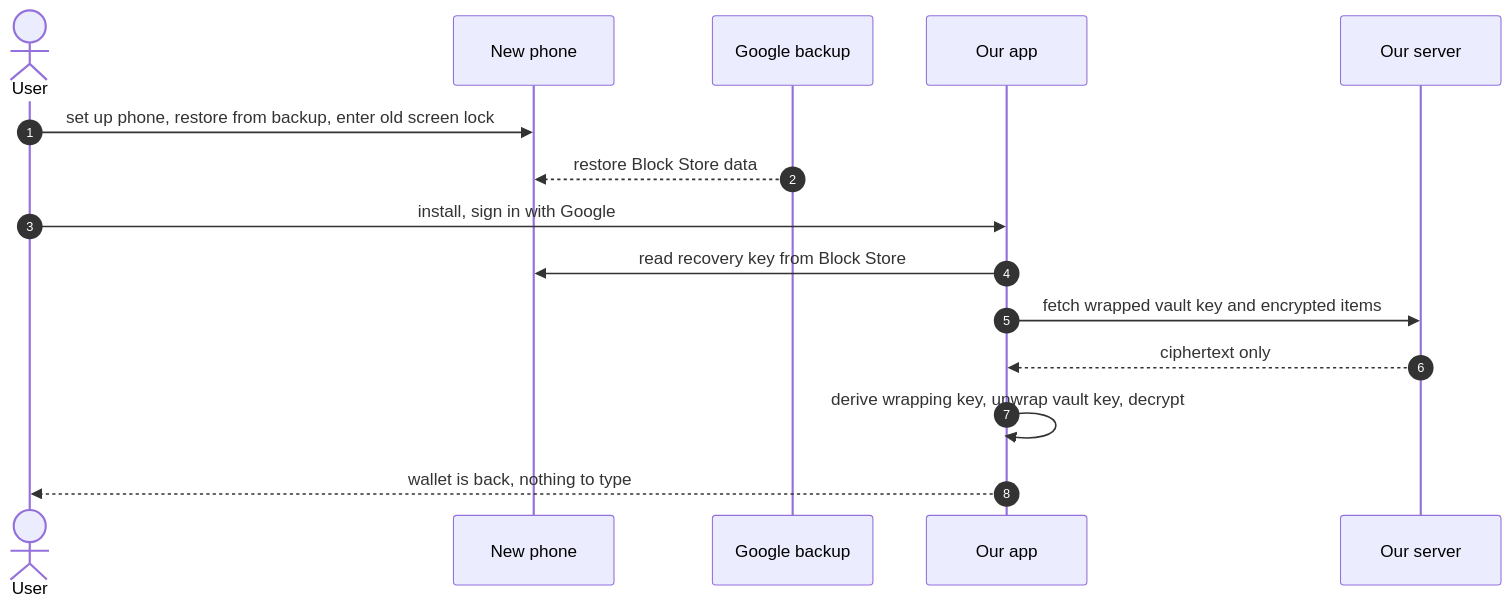
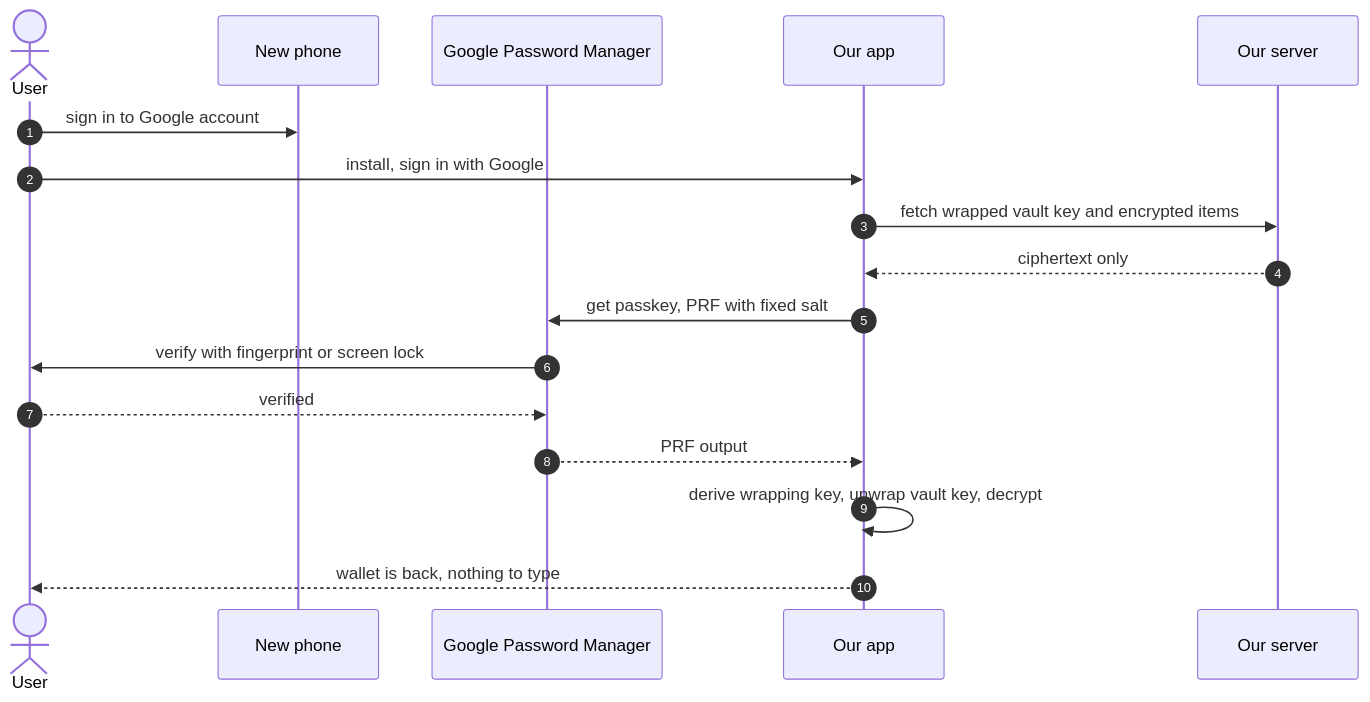
Before and after one commit to DanielShapi4a/coupon-wallet: the second of 2 diagrams in docs/adr/ADR-001-key-management.md, drawn with Mermaid. The commit also changed other lines of this file and 6 other files, not shown here.

First line of the commit message:
Close spike 01: passkey with PRF for key recovery (decision 034)

````diff
--- a/docs/adr/ADR-001-key-management.md
+++ b/docs/adr/ADR-001-key-management.md
@@ -139,17 +159,19 @@
 ```mermaid
 sequenceDiagram
     autonumber
     actor U as User
     participant P as New phone
-    participant G as Google backup
+    participant G as Google Password Manager
     participant A as Our app
     participant S as Our server
-    U->>P: set up phone, restore from backup, enter old screen lock
-    G-->>P: restore Block Store data
+    U->>P: sign in to Google account
     U->>A: install, sign in with Google
-    A->>P: read recovery key from Block Store
     A->>S: fetch wrapped vault key and encrypted items
     S-->>A: ciphertext only
+    A->>G: get passkey, PRF with fixed salt
+    G->>U: verify with fingerprint or screen lock
+    U-->>G: verified
+    G-->>A: PRF output
     A->>A: derive wrapping key, unwrap vault key, decrypt
     A-->>U: wallet is back, nothing to type
 ```
````
